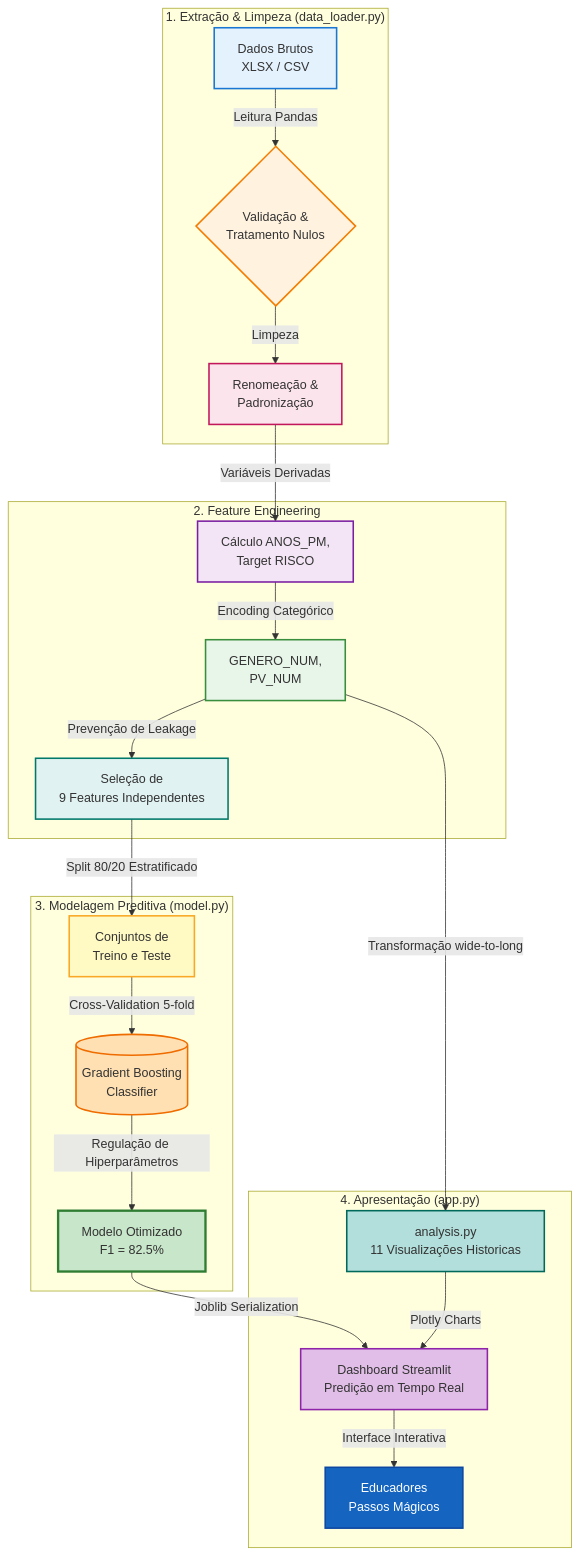
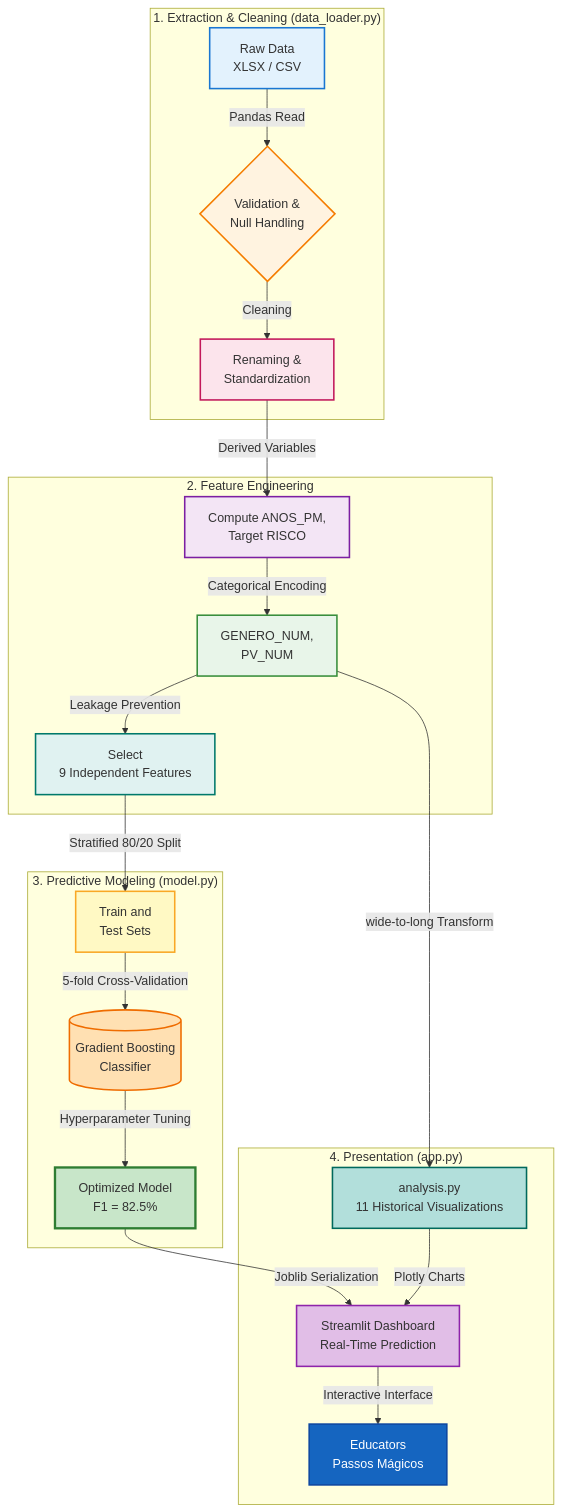
The diagram in README.md (GabrielHenriqueCA/datathon-passos-magicos-fiap), drawn with Mermaid before and after one commit. The commit also changed other lines of this file and 4 other files, not shown here.

First line of the commit message:
refactor: cross-audit fixes, model cleanup and dashboard improvements

````diff
--- a/README.md
+++ b/README.md
@@ -72,39 +81,39 @@
 ```mermaid
 graph TB
-    subgraph "1. Extração & Limpeza (data_loader.py)"
-        A[Dados Brutos<br/>XLSX / CSV] -->|Leitura Pandas| B{Validação &<br/>Tratamento Nulos}
-        B -->|Limpeza| C[Renomeação &<br/>Padronização]
+    subgraph "1. Extraction & Cleaning (data_loader.py)"
+        A[Raw Data<br/>XLSX / CSV] -->|Pandas Read| B{Validation &<br/>Null Handling}
+        B -->|Cleaning| C[Renaming &<br/>Standardization]
     end
 
     subgraph "2. Feature Engineering"
-        C -->|Variáveis Derivadas| D[Cálculo ANOS_PM,<br/>Target RISCO]
-        D -->|Encoding Categórico| E[GENERO_NUM,<br/>PV_NUM]
-        E -->|Prevenção de Leakage| F[Seleção de<br/>9 Features Independentes]
+        C -->|Derived Variables| D[Compute ANOS_PM,<br/>Target RISCO]
+        D -->|Categorical Encoding| E[GENERO_NUM,<br/>PV_NUM]
+        E -->|Leakage Prevention| F[Select<br/>9 Independent Features]
     end
 
-    subgraph "3. Modelagem Preditiva (model.py)"
-        F -->|Split 80/20 Estratificado| G[Conjuntos de<br/>Treino e Teste]
-        G -->|Cross-Validation 5-fold| H[(Gradient Boosting<br/>Classifier)]
-        H -->|Regulação de Hiperparâmetros| I[Modelo Otimizado<br/>F1 = 82.5%]
+    subgraph "3. Predictive Modeling (model.py)"
+        F -->|Stratified 80/20 Split| G[Train and<br/>Test Sets]
+        G -->|5-fold Cross-Validation| H[(Gradient Boosting<br/>Classifier)]
+        H -->|Hyperparameter Tuning| I[Optimized Model<br/>F1 = 82.5%]
     end
 
-    subgraph "4. Apresentação (app.py)"
-        I -->|Joblib Serialization| J[Dashboard Streamlit<br/>Predição em Tempo Real]
-        E -->|Transformação wide-to-long| K[analysis.py<br/>11 Visualizações Historicas]
+    subgraph "4. Presentation (app.py)"
+        I -->|Joblib Serialization| J[Streamlit Dashboard<br/>Real-Time Prediction]
+        E -->|wide-to-long Transform| K[analysis.py<br/>11 Historical Visualizations]
         K -->|Plotly Charts| J
-        J -->|Interface Interativa| L[Educadores<br/>Passos Mágicos]
+        J -->|Interactive Interface| L[Educators<br/>Passos Mágicos]
     end
     
     style A fill:#e3f2fd,stroke:#1976d2,stroke-width:2px
     style B fill:#fff3e0,stroke:#f57c00,stroke-width:2px
     style C fill:#fce4ec,stroke:#c2185b,stroke-width:2px
     style D fill:#f3e5f5,stroke:#7b1fa2,stroke-width:2px
     style E fill:#e8f5e9,stroke:#388e3c,stroke-width:2px
     style F fill:#e0f2f1,stroke:#00796b,stroke-width:2px
     style G fill:#fff9c4,stroke:#f9a825,stroke-width:2px
     style H fill:#ffe0b2,stroke:#ef6c00,stroke-width:2px
     style I fill:#c8e6c9,stroke:#2e7d32,stroke-width:3px
     style J fill:#e1bee7,stroke:#8e24aa,stroke-width:2px
     style K fill:#b2dfdb,stroke:#00695c,stroke-width:2px
     style L fill:#1565c0,stroke:#0d47a1,stroke-width:2px,color:#fff
 ```
````
